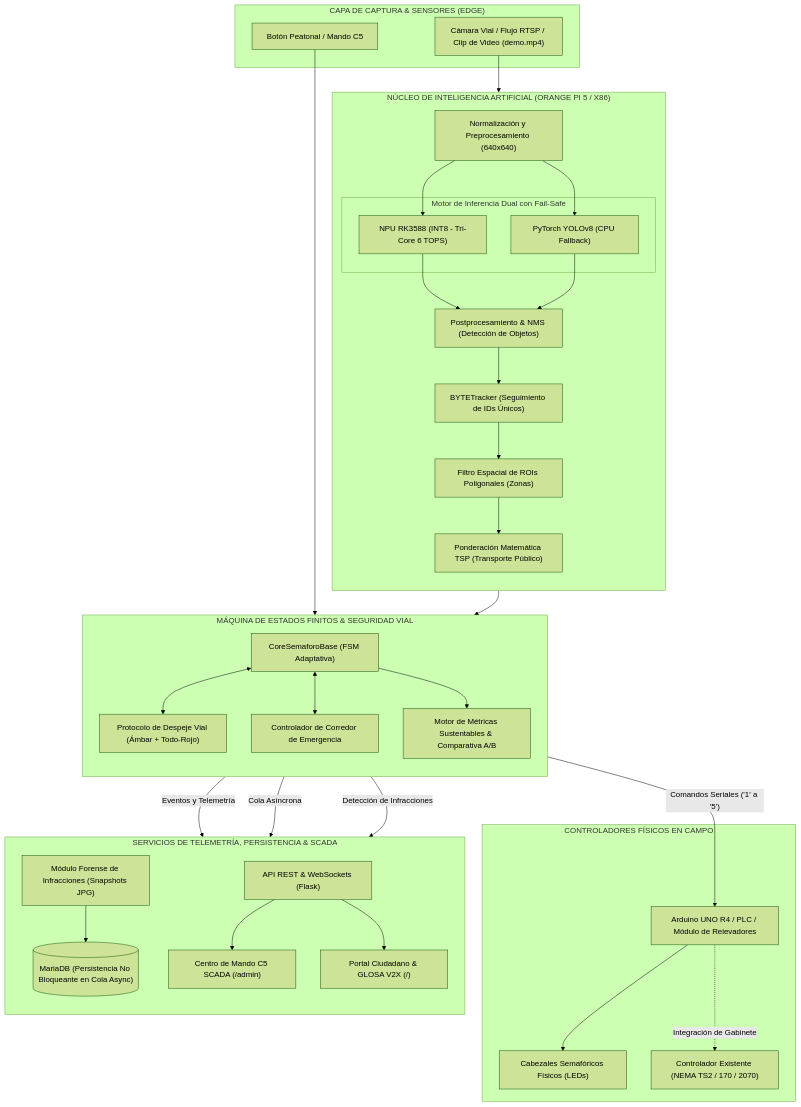
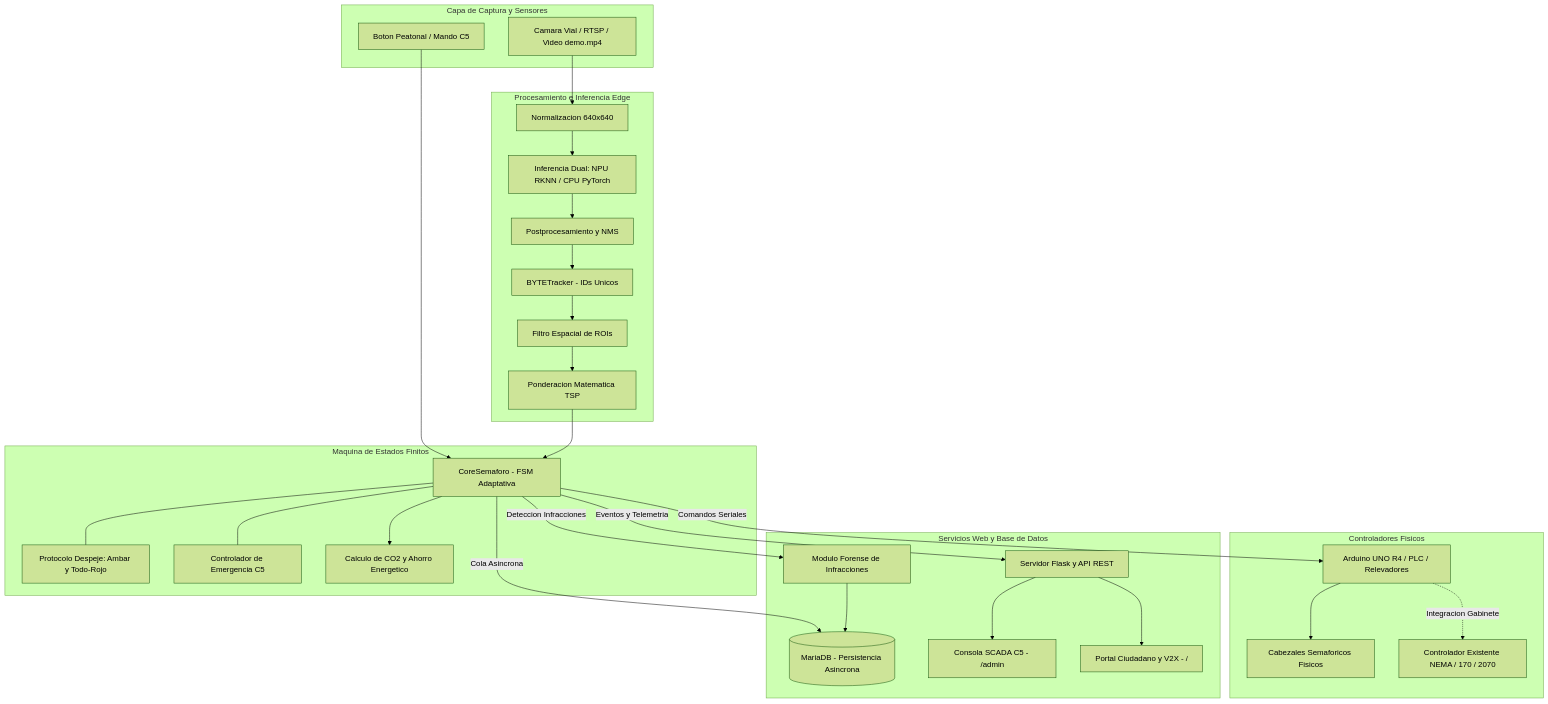
Before and after one commit to Pozole98/fluxa-smart-city: the diagram in README.md, drawn with Mermaid (forest theme). The commit also changed other lines of this file and 3 other files, not shown here.

Commit message:
fix(docs): corregir sintaxis de Mermaid y formulas KaTeX para renderizado en GitHub

````diff
--- a/README.md
+++ b/README.md
@@ -53,73 +53,62 @@
 ```mermaid
-flowchart TD
-    subgraph SENSORICA ["CAPA DE CAPTURA & SENSORES (EDGE)"]
-        CAM["Cámara Vial / Flujo RTSP / Clip de Video (demo.mp4)"]
-        CALL_BTN["Botón Peatonal / Mando C5"]
+graph TD
+    subgraph SENSORICA [Capa de Captura y Sensores]
+        CAM[Camara Vial / RTSP / Video demo.mp4]
+        CALL_BTN[Boton Peatonal / Mando C5]
     end
 
-    subgraph PROCESAMIENTO ["NÚCLEO DE INTELIGENCIA ARTIFICIAL (ORANGE PI 5 / X86)"]
-        direction TB
-        PRE["Normalización y Preprocesamiento (640x640)"]
-        
-        subgraph INFERENCIA ["Motor de Inferencia Dual con Fail-Safe"]
-            RKNN["NPU RK3588 (INT8 - Tri-Core 6 TOPS)"]
-            CPU_ENGINE["PyTorch YOLOv8 (CPU Fallback)"]
-        end
-        
-        POST["Postprocesamiento & NMS (Detección de Objetos)"]
-        TRACKER["BYTETracker (Seguimiento de IDs Únicos)"]
-        ROI["Filtro Espacial de ROIs Poligonales (Zonas)"]
-        TSP["Ponderación Matemática TSP (Transporte Público)"]
+    subgraph PROCESAMIENTO [Procesamiento e Inferencia Edge]
+        PRE[Normalizacion 640x640]
+        INFER[Inferencia Dual: NPU RKNN / CPU PyTorch]
+        POST[Postprocesamiento y NMS]
+        TRACKER[BYTETracker - IDs Unicos]
+        ROI[Filtro Espacial de ROIs]
+        TSP[Ponderacion Matematica TSP]
     end
 
-    subgraph FSM_CORE ["MÁQUINA DE ESTADOS FINITOS & SEGURIDAD VIAL"]
-        direction TB
-        FSM["CoreSemaforoBase (FSM Adaptativa)"]
-        CLEARANCE["Protocolo de Despeje Vial (Ámbar + Todo-Rojo)"]
-        EMERGENCY["Controlador de Corredor de Emergencia"]
-        SUSTAIN["Motor de Métricas Sustentables & Comparativa A/B"]
+    subgraph FSM_CORE [Maquina de Estados Finitos]
+        FSM[CoreSemaforo - FSM Adaptativa]
+        CLEARANCE[Protocolo Despeje: Ambar y Todo-Rojo]
+        EMERGENCY[Controlador de Emergencia C5]
+        SUSTAIN[Calculo de CO2 y Ahorro Energetico]
     end
 
-    subgraph HARDWARE_OUTPUT ["CONTROLADORES FÍSICOS EN CAMPO"]
-        ARDUINO["Arduino UNO R4 / PLC / Módulo de Relevadores"]
-        LIGHTS["Cabezales Semafóricos Físicos (LEDs)"]
-        CONTROLLER_EX["Controlador Existente (NEMA TS2 / 170 / 2070)"]
+    subgraph HARDWARE_OUTPUT [Controladores Fisicos]
+        ARDUINO[Arduino UNO R4 / PLC / Relevadores]
+        LIGHTS[Cabezales Semaforicos Fisicos]
+        CONTROLLER_EX[Controlador Existente NEMA / 170 / 2070]
     end
 
-    subgraph SERVICIOS ["SERVICIOS DE TELEMETRÍA, PERSISTENCIA & SCADA"]
-        direction TB
-        MARIADB[("MariaDB (Persistencia No Bloqueante en Cola Async)")]
-        FLASK_API["API REST & WebSockets (Flask)"]
-        SCADA["Centro de Mando C5 SCADA (/admin)"]
-        PUBLIC_PORTAL["Portal Ciudadano & GLOSA V2X (/)"]
-        VIOLATIONS["Módulo Forense de Infracciones (Snapshots JPG)"]
+    subgraph SERVICIOS [Servicios Web y Base de Datos]
+        MARIADB[(MariaDB - Persistencia Asincrona)]
+        FLASK_API[Servidor Flask y API REST]
+        SCADA[Consola SCADA C5 - /admin]
+        PUBLIC_PORTAL[Portal Ciudadano y V2X - /]
+        VIOLATIONS[Modulo Forense de Infracciones]
     end
 
-    %% Conexiones
     CAM --> PRE
     CALL_BTN --> FSM
-    PRE --> RKNN
-    PRE --> CPU_ENGINE
-    RKNN --> POST
-    CPU_ENGINE --> POST
+    PRE --> INFER
+    INFER --> POST
     POST --> TRACKER
     TRACKER --> ROI
     ROI --> TSP
     TSP --> FSM
-    
-    FSM <--> CLEARANCE
-    FSM <--> EMERGENCY
+
+    FSM --- CLEARANCE
+    FSM --- EMERGENCY
     FSM --> SUSTAIN
-    
-    FSM -->|"Comandos Seriales ('1' a '5')"| ARDUINO
+
+    FSM -->|Comandos Seriales| ARDUINO
     ARDUINO --> LIGHTS
-    ARDUINO -.->|"Integración de Gabinete"| CONTROLLER_EX
-    
-    FSM -->|"Eventos y Telemetría"| FLASK_API
-    FSM -->|"Cola Asíncrona"| MARIADB
-    FSM -->|"Detección de Infracciones"| VIOLATIONS
-    
+    ARDUINO -.->|Integracion Gabinete| CONTROLLER_EX
+
+    FSM -->|Eventos y Telemetria| FLASK_API
+    FSM -->|Cola Asincrona| MARIADB
+    FSM -->|Deteccion Infracciones| VIOLATIONS
+
     FLASK_API --> SCADA
     FLASK_API --> PUBLIC_PORTAL
     VIOLATIONS --> MARIADB
 ```
````
